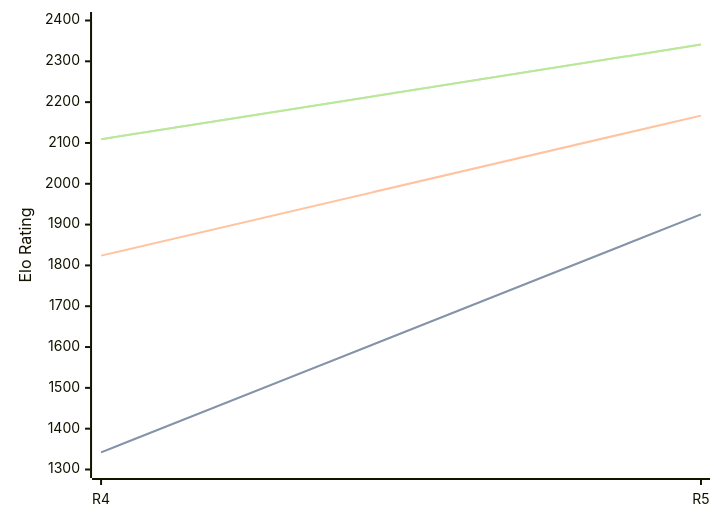
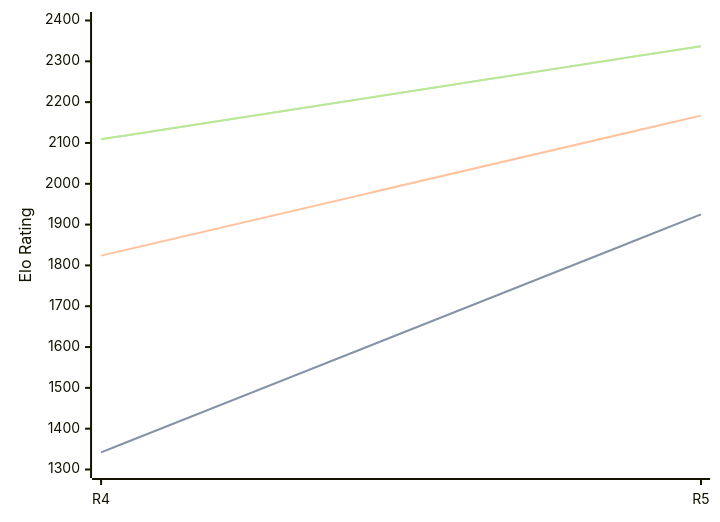
One commit to computer-chess-index/cci changed the diagram in engines/Viking.md. Above: the diagram before and after it, drawn with Mermaid. The commit also changed other lines of this file, not shown here.

Commit message:
Update CCI Ratings (ELO VLTC) - 2026-06-11

````diff
--- a/engines/Viking.md
+++ b/engines/Viking.md
@@ -35,11 +35,11 @@
 ```mermaid
 %%{init: {"theme":"base","themeVariables":{"seriesColors:['#a3a3a3','#222221','#faa371']}}}%%
 xychart-beta
   x-axis ["R4", "R5"]
   y-axis "Elo Rating" 1300 --> 2400
   line "STC (8.0+0.08s)" [1342, 1925]
   line "STC (8.0+0.08s)" [1342, 1925]
   line "LTC (60.0+0.60s)" [1824, 2167]
-  line "VLTC (2m24s+1.12s)" [2109, 2341]
-  line "VLTC (2m24s+1.12s)" [2109, 2341]
+  line "VLTC (2m24s+1.12s)" [2109, 2337]
+  line "VLTC (2m24s+1.12s)" [2109, 2337]
 ```
````
